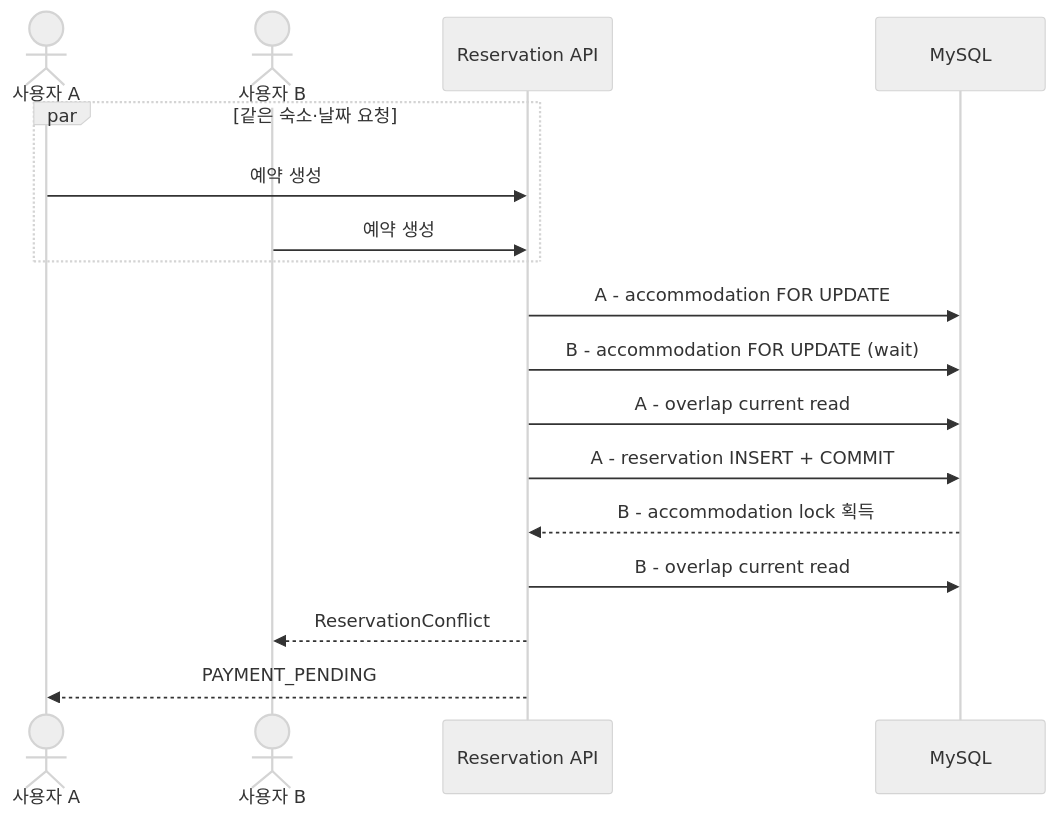
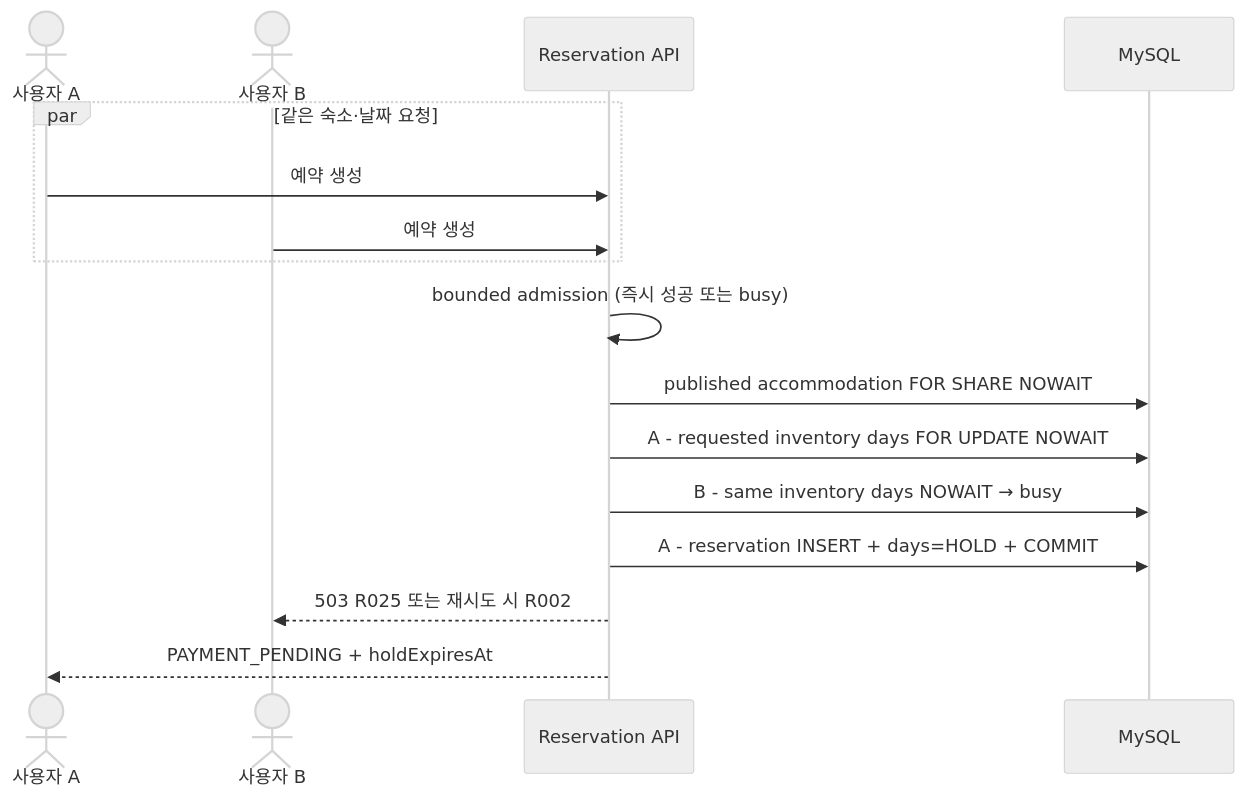
The first of 4 diagrams in README.md (eeoos/airbob), drawn with Mermaid (neutral theme) before and after one commit. The commit also changed other lines of this file and 126 other files, not shown here.

First line of the commit message:
feat(reservation): make date inventory authoritative

````diff
--- a/README.md
+++ b/README.md
@@ -45,20 +58,19 @@
 ```mermaid
 sequenceDiagram
     actor A as 사용자 A
     actor B as 사용자 B
     participant API as Reservation API
     participant DB as MySQL
 
     par 같은 숙소·날짜 요청
         A->>API: 예약 생성
         B->>API: 예약 생성
     end
-    API->>DB: A - accommodation FOR UPDATE
-    API->>DB: B - accommodation FOR UPDATE (wait)
-    API->>DB: A - overlap current read
-    API->>DB: A - reservation INSERT + COMMIT
-    DB-->>API: B - accommodation lock 획득
-    API->>DB: B - overlap current read
-    API-->>B: ReservationConflict
-    API-->>A: PAYMENT_PENDING
+    API->>API: bounded admission (즉시 성공 또는 busy)
+    API->>DB: published accommodation FOR SHARE NOWAIT
+    API->>DB: A - requested inventory days FOR UPDATE NOWAIT
+    API->>DB: B - same inventory days NOWAIT → busy
+    API->>DB: A - reservation INSERT + days=HOLD + COMMIT
+    API-->>B: 503 R025 또는 재시도 시 R002
+    API-->>A: PAYMENT_PENDING + holdExpiresAt
 ```
````
